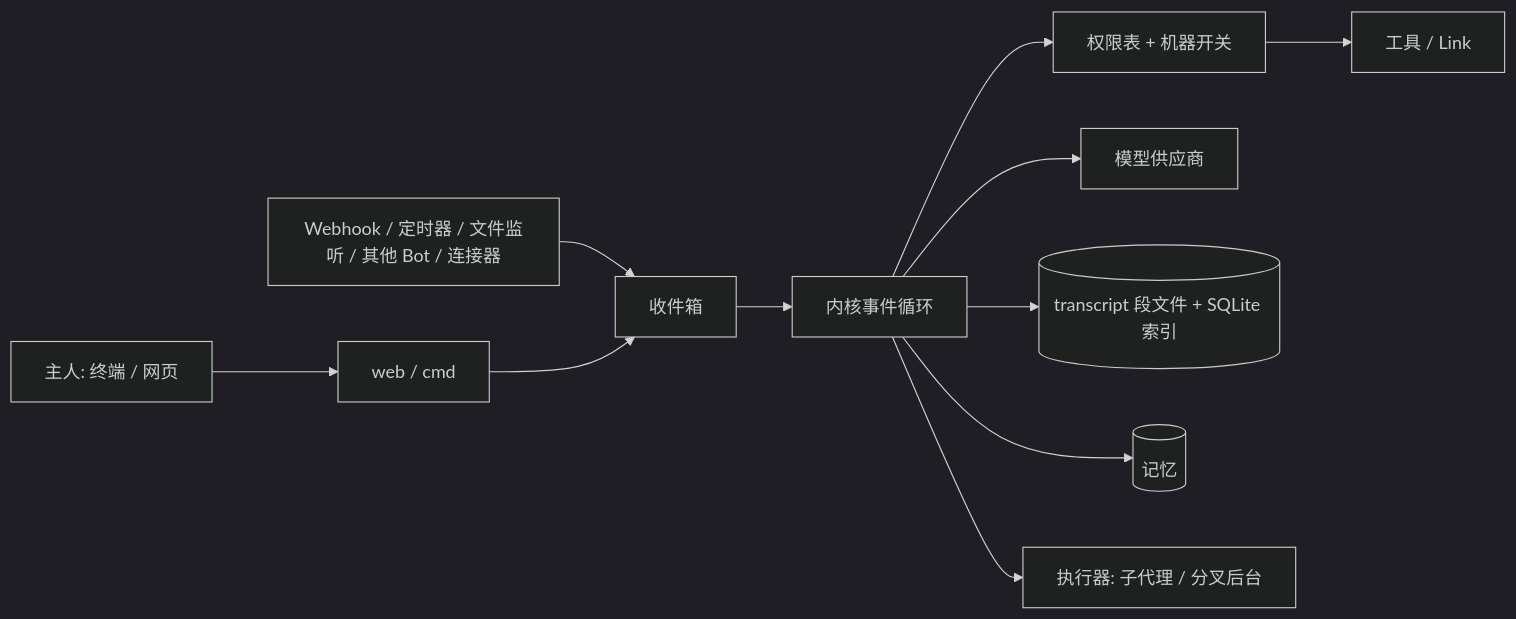
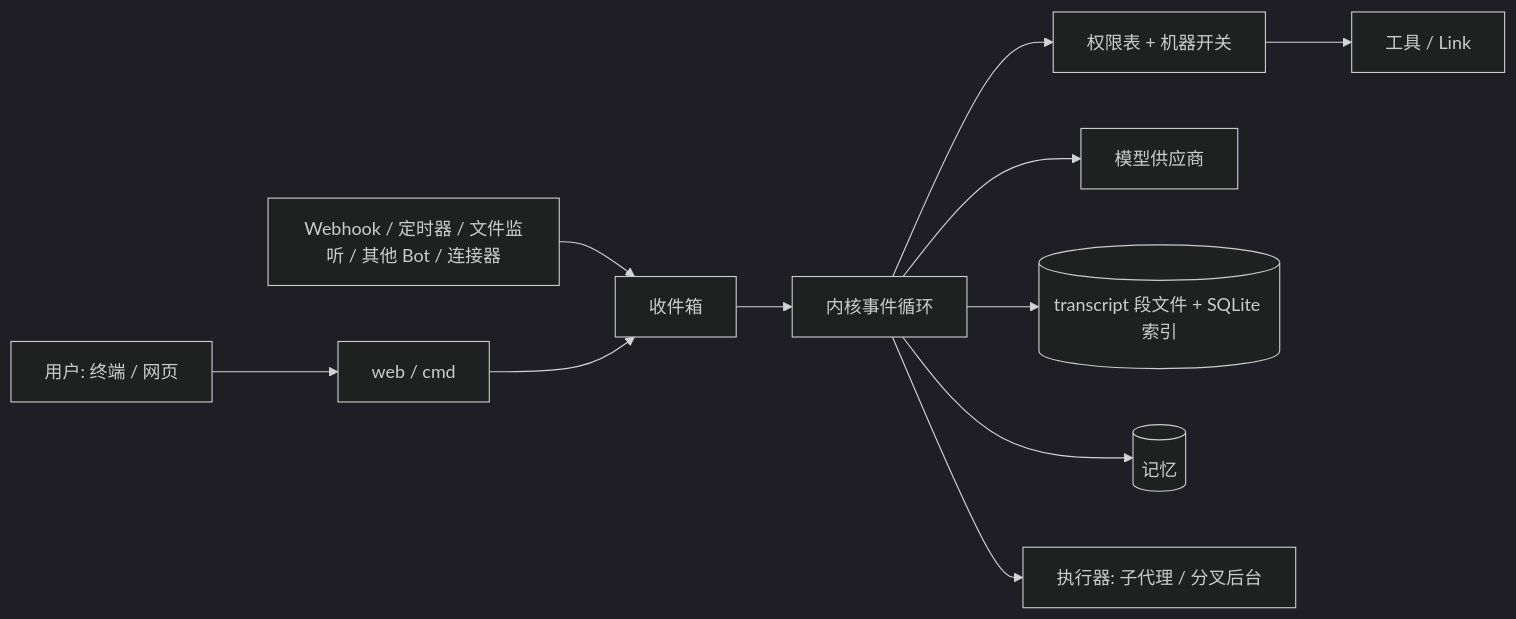
One commit to liu-zhengdong/xbot changed the diagram in docs/atlas/README.md. Above: the diagram before and after it, drawn with Mermaid (dark theme). The commit also changed other lines of this file and 111 other files, not shown here.

````diff
--- a/docs/atlas/README.md
+++ b/docs/atlas/README.md
@@ -73,13 +73,13 @@
 ```mermaid
 flowchart LR
-  Owner[主人: 终端 / 网页] --> Web[web / cmd]
+  Owner[用户: 终端 / 网页] --> Web[web / cmd]
   Ext[Webhook / 定时器 / 文件监听 / 其他 Bot / 连接器] --> Inbox[收件箱]
   Web --> Inbox
   Inbox --> Kernel[内核事件循环]
   Kernel --> Review[权限表 + 机器开关]
   Review --> Tools[工具 / Link]
   Kernel --> Provider[模型供应商]
   Kernel --> Store[(transcript 段文件 + SQLite 索引)]
   Kernel --> Mem[(记忆)]
   Kernel --> Exec[执行器: 子代理 / 分叉后台]
 ```
````
